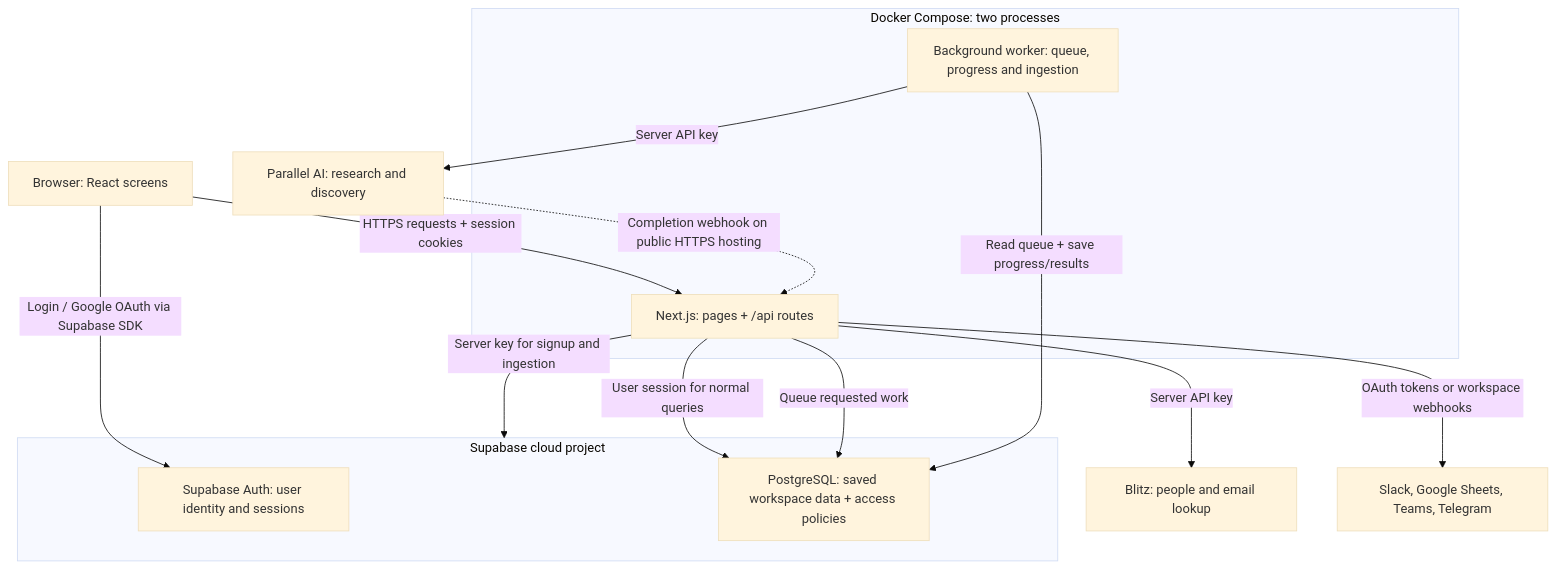
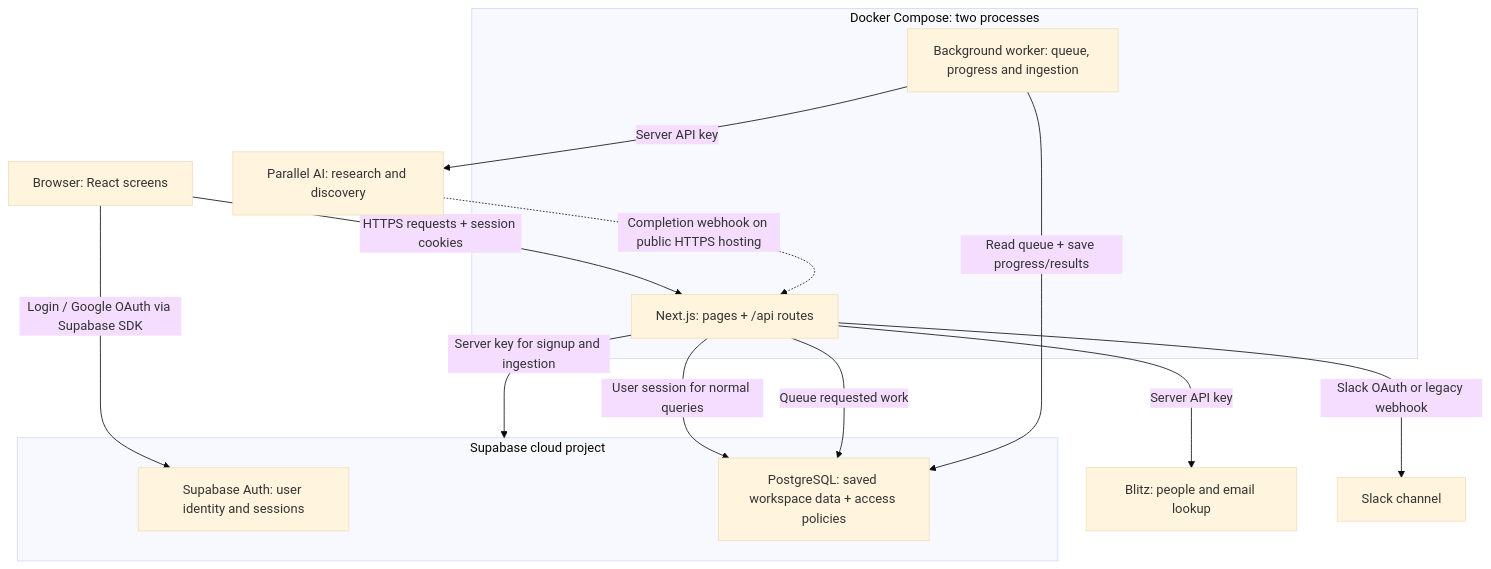
Before and after one commit to Ankit-redstonegtm/hotnow-app: the first of 4 diagrams in ARCHITECTURE.md, drawn with Mermaid (base theme). The commit also changed other lines of this file and 32 other files, not shown here.

````diff
--- a/ARCHITECTURE.md
+++ b/ARCHITECTURE.md
@@ -12,21 +12,21 @@
 ```mermaid
 flowchart TD
     Browser["Browser: React screens"] -->|"HTTPS requests + session cookies"| App
     Browser -->|"Login / Google OAuth via Supabase SDK"| Auth
     subgraph Container["Docker Compose: two processes"]
       App["Next.js: pages + /api routes"]
       Worker["Background worker: queue, progress and ingestion"]
     end
     subgraph Supabase["Supabase cloud project"]
       Auth["Supabase Auth: user identity and sessions"]
       DB["PostgreSQL: saved workspace data + access policies"]
     end
     App -->|"User session for normal queries"| DB
     App -->|"Server key for signup and ingestion"| Supabase
     App -->|"Queue requested work"| DB
     Worker -->|"Read queue + save progress/results"| DB
     Worker -->|"Server API key"| Parallel["Parallel AI: research and discovery"]
     Parallel -. "Completion webhook on public HTTPS hosting" .-> App
     App -->|"Server API key"| Blitz["Blitz: people and email lookup"]
-    App -->|"OAuth tokens or workspace webhooks"| Destinations["Slack, Google Sheets, Teams, Telegram"]
+    App -->|"Slack OAuth or legacy webhook"| Slack["Slack channel"]
 ```
````
